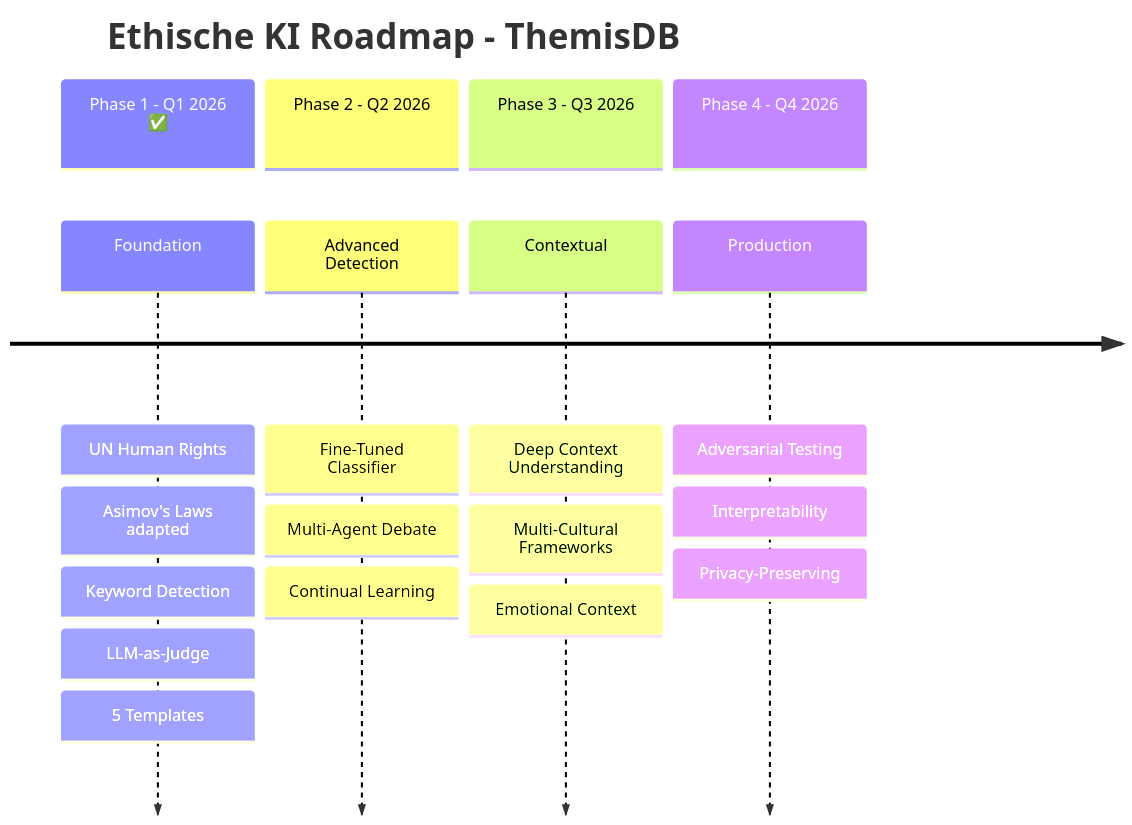
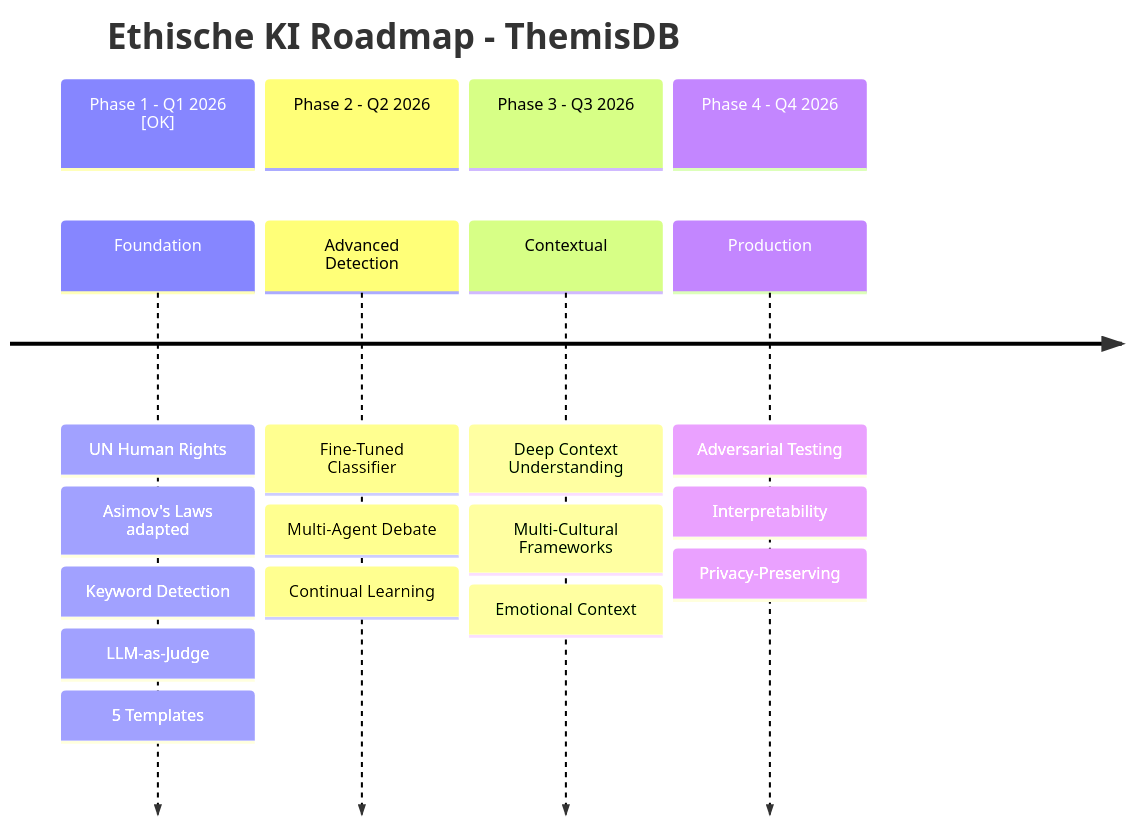
One commit to makr-code/ThemisDB changed the eighth of 8 diagrams in compendium/chapter_24_ai_ethics.md. Above: the diagram before and after it, drawn with Mermaid. The commit also changed other lines of this file and 19 other files, not shown here.

First line of the commit message:
Refactor Mermaid syntax and improve documentation consistency across chapters

````diff
--- a/compendium/chapter_24_ai_ethics.md
+++ b/compendium/chapter_24_ai_ethics.md
@@ -1106,22 +1106,22 @@
 ```mermaid
 timeline
     title Ethische KI Roadmap - ThemisDB
-    section Phase 1 - Q1 2026 ✅
+    section Phase 1 - Q1 2026 [OK]
         Foundation : UN Human Rights
                    : Asimov's Laws adapted
                    : Keyword Detection
                    : LLM-as-Judge
                    : 5 Templates
     section Phase 2 - Q2 2026
         Advanced Detection : Fine-Tuned Classifier
                           : Multi-Agent Debate
                           : Continual Learning
     section Phase 3 - Q3 2026
         Contextual : Deep Context Understanding
                    : Multi-Cultural Frameworks
                    : Emotional Context
     section Phase 4 - Q4 2026
         Production : Adversarial Testing
                    : Interpretability
                    : Privacy-Preserving
 ```
````
